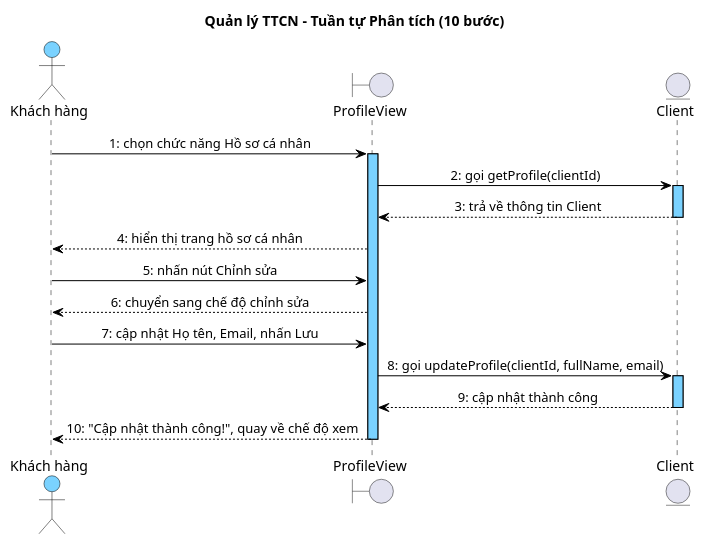
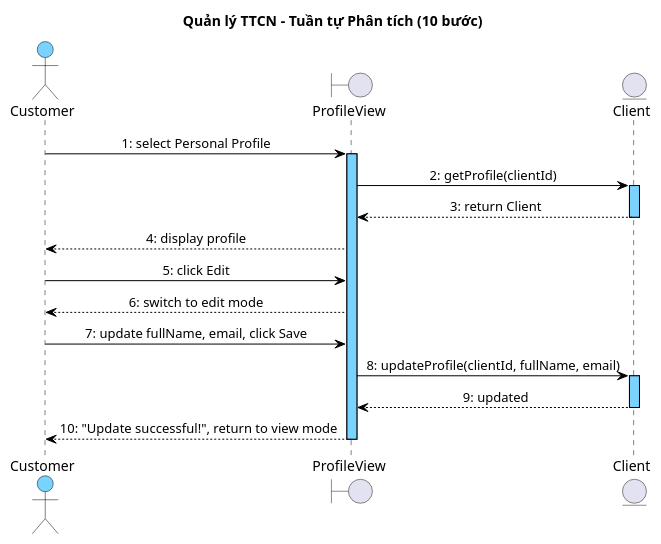
The sixth of 7 diagrams in docs/tabs/account/ii-analysis.md (thanhtrnnn/cnpm), drawn with PlantUML before and after one commit. The commit also changed other lines of this file and 3 other files, not shown here.

First line of the commit message:
fix: PlantUML arrow labels → English; section II.4 scenarios use bullets

````diff
--- a/docs/tabs/account/ii-analysis.md
+++ b/docs/tabs/account/ii-analysis.md
@@ -621,46 +621,46 @@
 ```plantuml
 @startuml
 skinparam shadowing false
 skinparam SequenceMessageAlign left
 skinparam sequenceMessageAlign center
 skinparam sequenceArrowThickness 1
 skinparam sequenceLifeLineBorderColor #000000
 skinparam sequenceLifeLineBackgroundColor #7AD2FF
 skinparam sequenceParticipantBackgroundColor #7AD2FF
 skinparam sequenceParticipantBorderColor #000000
 skinparam sequenceParticipantFontColor #000000
 skinparam sequenceArrowColor #000000
 skinparam sequenceArrowFontColor #000000
 skinparam sequenceGroupBorderColor #000000
 skinparam sequenceGroupBackgroundColor #DDEEFF
 skinparam sequenceDividerBorderColor #000000
 skinparam sequenceDividerBackgroundColor #DDEEFF
 skinparam sequenceMessageFontColor #000000
 skinparam sequenceMessageFontSize 10
 skinparam sequenceActorBorderColor #000000
 skinparam sequenceActorBackgroundColor #7AD2FF
 skinparam sequenceActorFontColor #000000
 title Quản lý TTCN – Tuần tự Phân tích (10 bước)
 
-actor "Khách hàng" as Actor
+actor "Customer" as Actor
 boundary ProfileView as B1
 entity Client as E1
 
-Actor -> B1 : 1: chọn chức năng Hồ sơ cá nhân
+Actor -> B1 : 1: select Personal Profile
 activate B1
-B1 -> E1 : 2: gọi getProfile(clientId)
+B1 -> E1 : 2: getProfile(clientId)
 activate E1
-E1 --> B1 : 3: trả về thông tin Client
+E1 --> B1 : 3: return Client
 deactivate E1
-B1 --> Actor : 4: hiển thị trang hồ sơ cá nhân
-Actor -> B1 : 5: nhấn nút Chỉnh sửa
-B1 --> Actor : 6: chuyển sang chế độ chỉnh sửa
-Actor -> B1 : 7: cập nhật Họ tên, Email, nhấn Lưu
-B1 -> E1 : 8: gọi updateProfile(clientId, fullName, email)
+B1 --> Actor : 4: display profile
+Actor -> B1 : 5: click Edit
+B1 --> Actor : 6: switch to edit mode
+Actor -> B1 : 7: update fullName, email, click Save
+B1 -> E1 : 8: updateProfile(clientId, fullName, email)
 activate E1
-E1 --> B1 : 9: cập nhật thành công
+E1 --> B1 : 9: updated
 deactivate E1
-B1 --> Actor : 10: "Cập nhật thành công!", quay về chế độ xem
+B1 --> Actor : 10: "Update successful!", return to view mode
 deactivate B1
 @enduml
 ```
````
